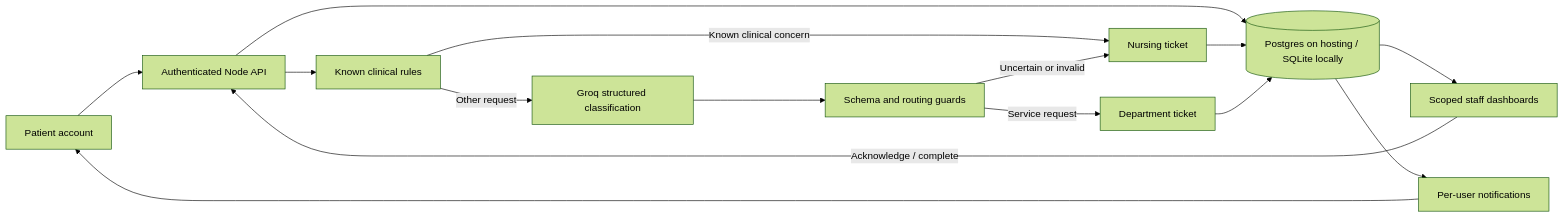
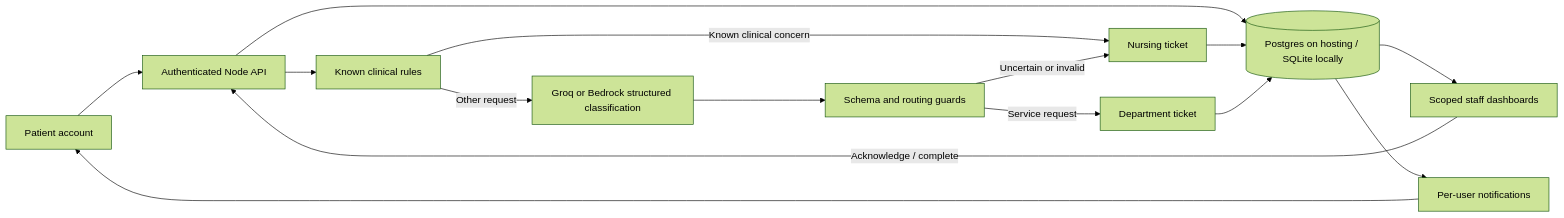
The diagram in docs/architecture.md (sairam782/HealthHack), drawn with Mermaid (forest theme) before and after one commit. The commit also changed other lines of this file and 46 other files, not shown here.

````diff
--- a/docs/architecture.md
+++ b/docs/architecture.md
@@ -3,17 +3,17 @@
 ```mermaid
 flowchart LR
   Patient[Patient account] --> API[Authenticated Node API]
   API --> Rules[Known clinical rules]
   Rules -->|Known clinical concern| Nurse[Nursing ticket]
-  Rules -->|Other request| Model[Groq structured classification]
+  Rules -->|Other request| Model[Groq or Bedrock structured classification]
   Model --> Guard[Schema and routing guards]
   Guard -->|Uncertain or invalid| Nurse
   Guard -->|Service request| Service[Department ticket]
   API --> DB[(Postgres on hosting / SQLite locally)]
   Nurse --> DB
   Service --> DB
   DB --> Staff[Scoped staff dashboards]
   Staff -->|Acknowledge / complete| API
   DB --> Alerts[Per-user notifications]
   Alerts --> Patient
 ```
````
